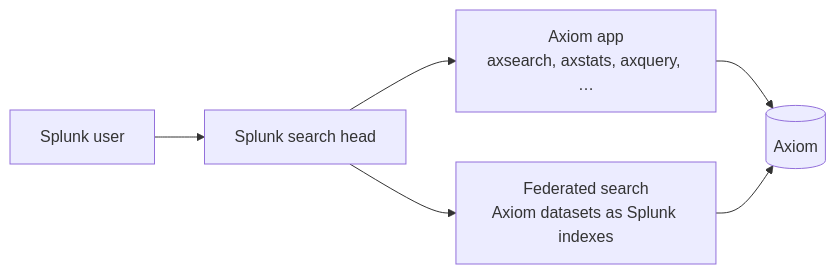
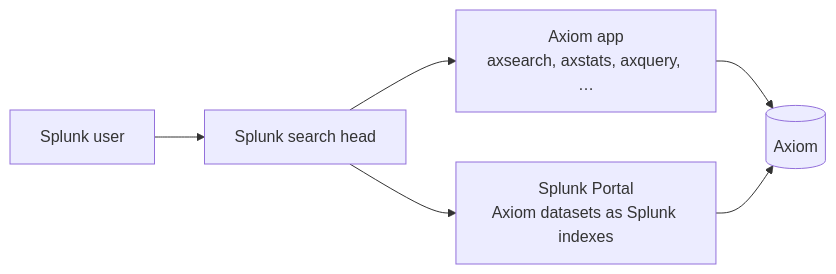
Before and after one commit to axiomhq/docs: the diagram in content/docs/(documentation)/splunk/overview.mdx, drawn with Mermaid. The commit also changed other lines of this file and 10 other files, not shown here.

First line of the commit message:
docs: lead with the Axiom Splunk Portal name

````diff
--- a/content/docs/(documentation)/splunk/overview.mdx
+++ b/content/docs/(documentation)/splunk/overview.mdx
@@ -13,8 +13,8 @@
 ```mermaid
 flowchart LR
     User["Splunk user"] --> SH["Splunk search head"]:::splunk
     SH --> App["Axiom app<br/>axsearch, axstats, axquery, …"]:::axiom
-    SH --> Fed["Federated search<br/>Axiom datasets as Splunk indexes"]:::splunk
+    SH --> Fed["Splunk Portal<br/>Axiom datasets as Splunk indexes"]:::axiom
     App --> Axiom[("Axiom")]
     Fed --> Axiom
 ```
````
